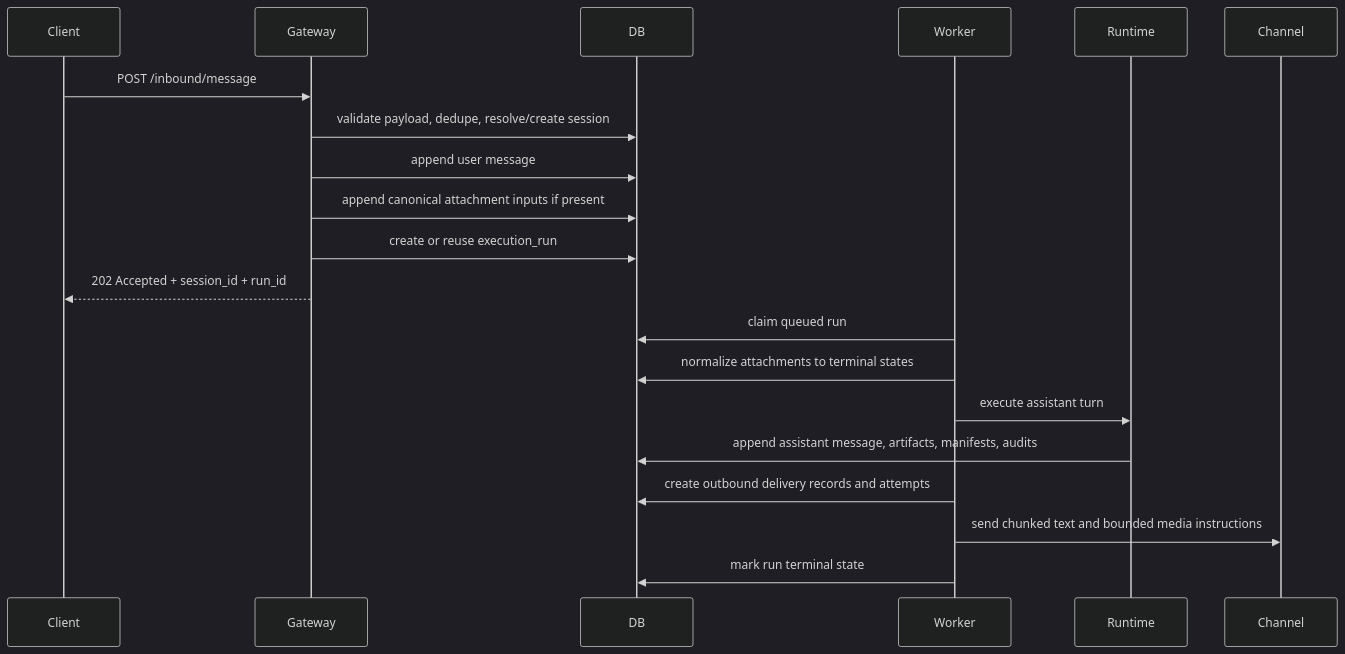
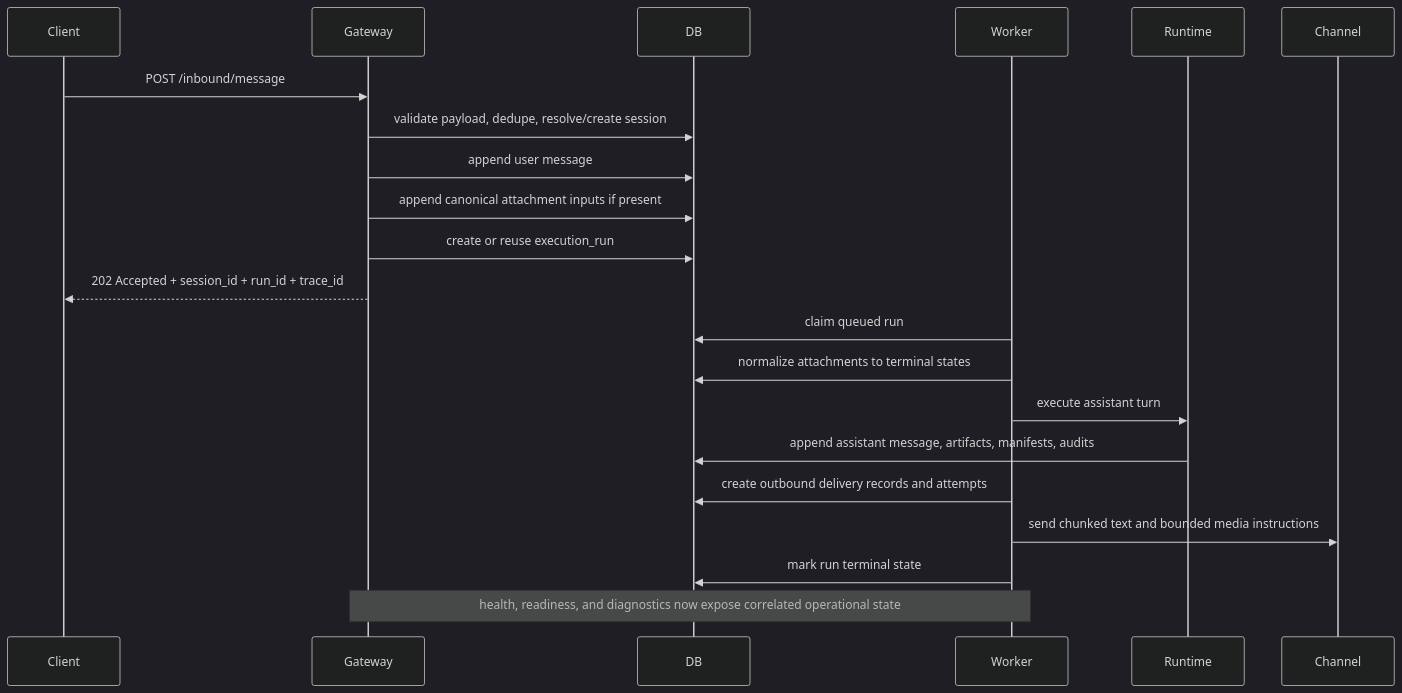
One commit to scott5252/python-claw changed the second of 4 diagrams in README.md. Above: the diagram before and after it, drawn with Mermaid (dark theme). The commit also changed other lines of this file and 36 other files, not shown here.

````diff
--- a/README.md
+++ b/README.md
@@ -107,23 +110,24 @@
 ```mermaid
 sequenceDiagram
     participant Client
     participant Gateway
     participant DB
     participant Worker
     participant Runtime
     participant Channel
 
     Client->>Gateway: POST /inbound/message
     Gateway->>DB: validate payload, dedupe, resolve/create session
     Gateway->>DB: append user message
     Gateway->>DB: append canonical attachment inputs if present
     Gateway->>DB: create or reuse execution_run
-    Gateway-->>Client: 202 Accepted + session_id + run_id
+    Gateway-->>Client: 202 Accepted + session_id + run_id + trace_id
     Worker->>DB: claim queued run
     Worker->>DB: normalize attachments to terminal states
     Worker->>Runtime: execute assistant turn
     Runtime->>DB: append assistant message, artifacts, manifests, audits
     Worker->>DB: create outbound delivery records and attempts
     Worker->>Channel: send chunked text and bounded media instructions
     Worker->>DB: mark run terminal state
+    Note over Gateway,Worker: health, readiness, and diagnostics now expose correlated operational state
 ```
````
